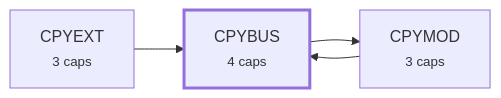
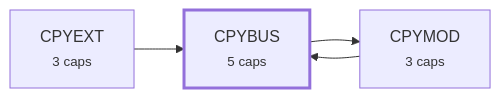
The third of 4 diagrams in requirements/_map.md (alxmax/Consilium-py), drawn with Mermaid before and after one commit. The commit also changed other lines of this file and 4 other files, not shown here.

````diff
--- a/requirements/_map.md
+++ b/requirements/_map.md
@@ -111,10 +116,10 @@
 ```mermaid
 graph LR
-  a_CPYBUS["CPYBUS<br><small>4 caps</small>"]
+  a_CPYBUS["CPYBUS<br><small>5 caps</small>"]
   a_CPYEXT["CPYEXT<br><small>3 caps</small>"]
   a_CPYMOD["CPYMOD<br><small>3 caps</small>"]
   a_CPYBUS --> a_CPYMOD
   a_CPYEXT --> a_CPYBUS
   a_CPYMOD --> a_CPYBUS
   style a_CPYBUS stroke-width:3px
 ```
````
